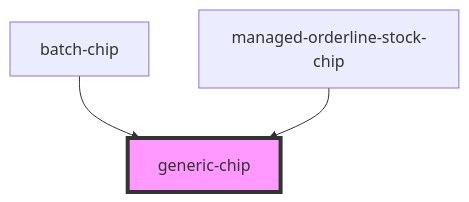
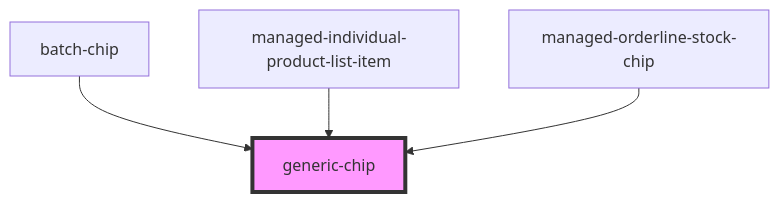
Before and after one commit to PharmaLedger-IMI/fgt-workspace: the diagram in pdm-web-components/src/components/generic-chip/readme.md, drawn with Mermaid. The commit also changed other lines of this file and 41 other files, not shown here.

````diff
--- a/pdm-web-components/src/components/generic-chip/readme.md
+++ b/pdm-web-components/src/components/generic-chip/readme.md
@@ -32,6 +33,7 @@
 ```mermaid
 graph TD;
   batch-chip --> generic-chip
+  managed-individual-product-list-item --> generic-chip
   managed-orderline-stock-chip --> generic-chip
   style generic-chip fill:#f9f,stroke:#333,stroke-width:4px
 ```
````
